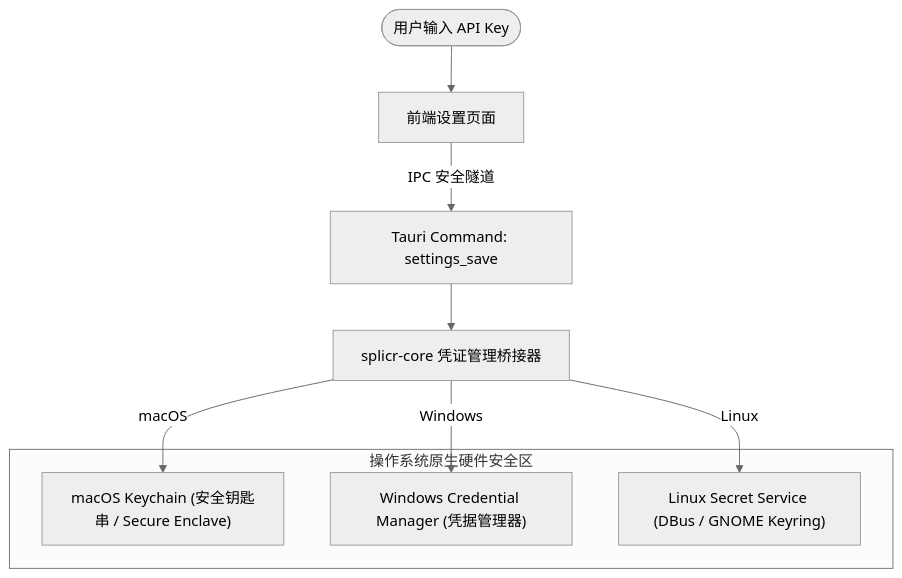
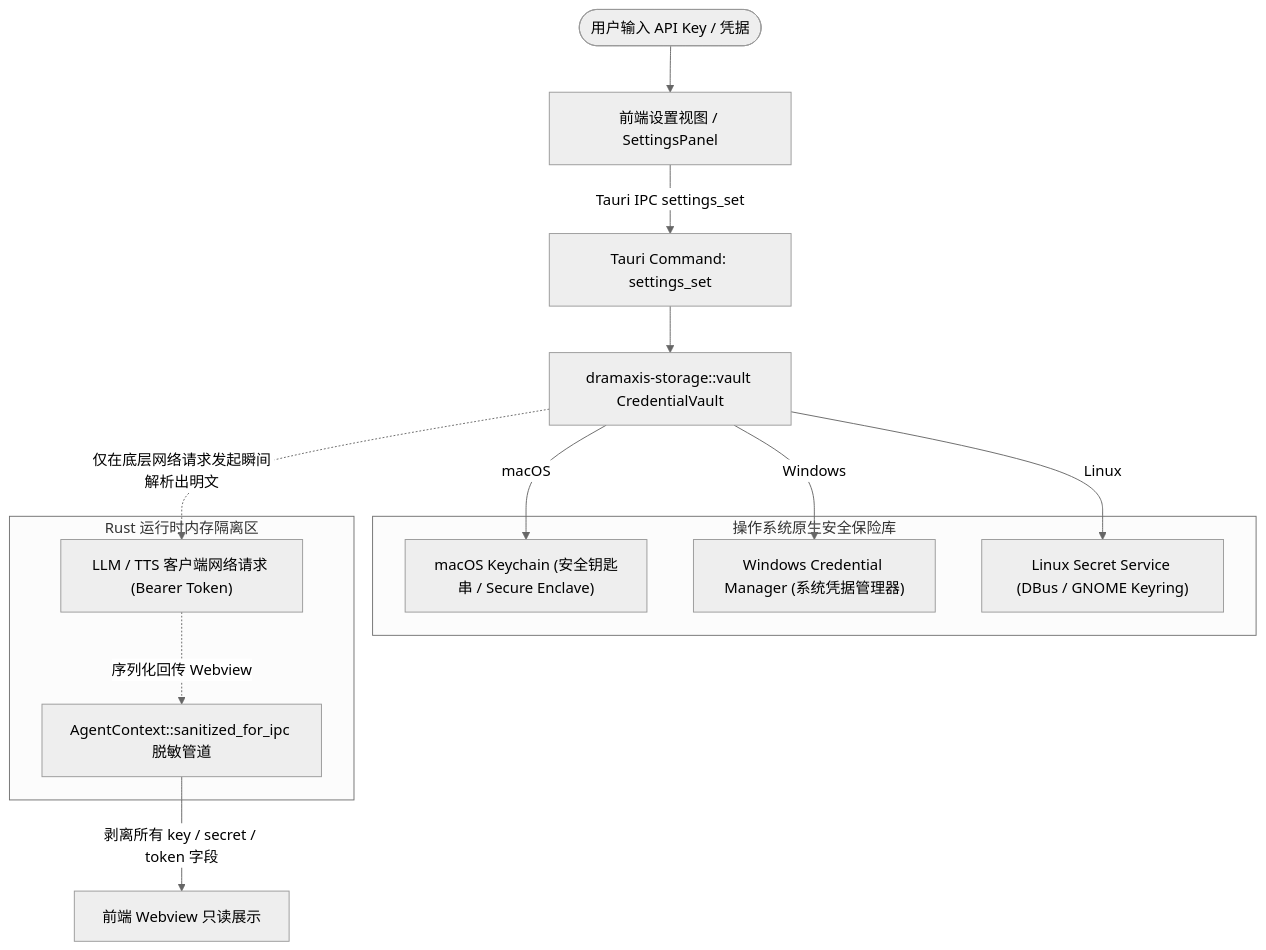
One commit to Agions/dramaxis changed the diagram in docs/architecture/security-keychain.md. Above: the diagram before and after it, drawn with Mermaid (neutral theme). The commit also changed other lines of this file and 95 other files, not shown here.

Commit message:
refactor: rename project references and crates from splicr to dramaxis

````diff
--- a/docs/architecture/security-keychain.md
+++ b/docs/architecture/security-keychain.md
@@ -9,16 +9,25 @@
 ```mermaid
 graph TD
-    User([用户输入 API Key]) --> Front[前端设置页面]
-    Front -->|IPC 安全隧道| TauriHandler[Tauri Command: settings_save]
-    TauriHandler --> KeychainBridge[splicr-core 凭证管理桥接器]
+    User([用户输入 API Key / 凭据]) --> Front[前端设置视图 / SettingsPanel]
+    Front -->|Tauri IPC settings_set| TauriHandler[Tauri Command: settings_set]
+    TauriHandler --> Vault[dramaxis-storage::vault CredentialVault]
 
-    subgraph SecurityStorage ["操作系统原生硬件安全区"]
+    subgraph OSKeyrings ["操作系统原生安全保险库"]
         MacKeychain["macOS Keychain (安全钥匙串 / Secure Enclave)"]
-        WinCred["Windows Credential Manager (凭据管理器)"]
+        WinCred["Windows Credential Manager (系统凭据管理器)"]
         LinuxSecret["Linux Secret Service (DBus / GNOME Keyring)"]
     end
 
-    KeychainBridge -->|macOS| MacKeychain
-    KeychainBridge -->|Windows| WinCred
-    KeychainBridge -->|Linux| LinuxSecret
+    Vault -->|macOS| MacKeychain
+    Vault -->|Windows| WinCred
+    Vault -->|Linux| LinuxSecret
+
+    subgraph MemorySecurity ["Rust 运行时内存隔离区"]
+        RuntimeEngine["LLM / TTS 客户端网络请求 (Bearer Token)"]
+        ContextSanitizer["AgentContext::sanitized_for_ipc 脱敏管道"]
+    end
+
+    Vault -.->|仅在底层网络请求发起瞬间解析出明文| RuntimeEngine
+    RuntimeEngine -.->|序列化回传 Webview| ContextSanitizer
+    ContextSanitizer -->|剥离所有 key / secret / token 字段| FrontView[前端 Webview 只读展示]
 ```
````
